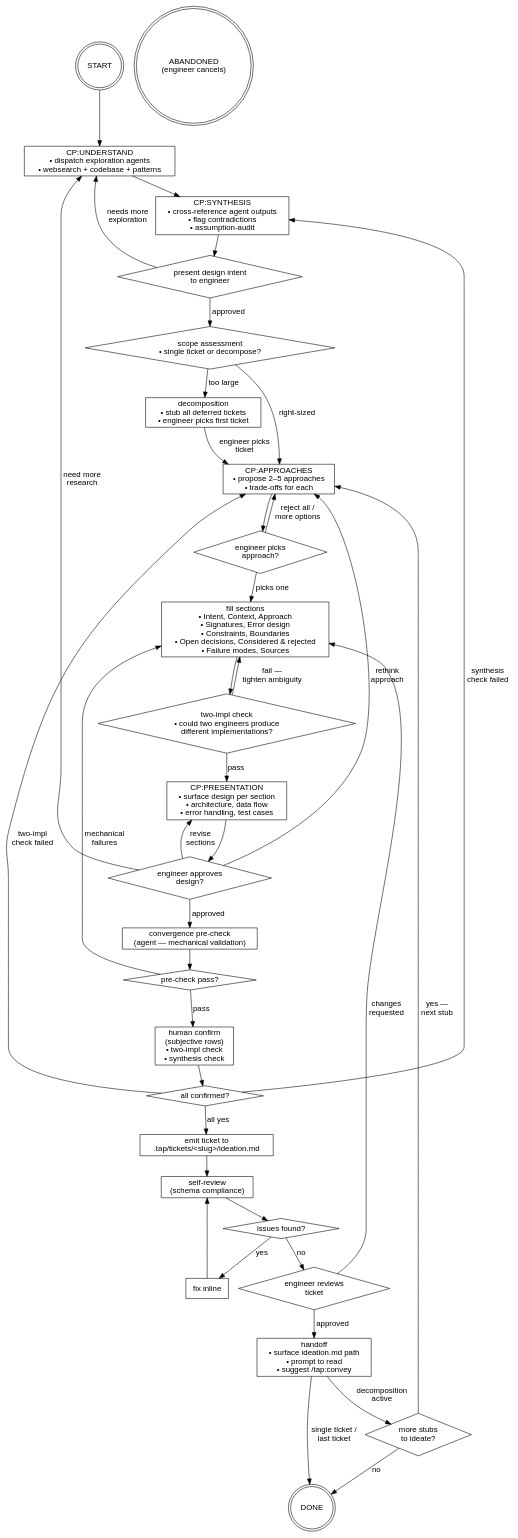
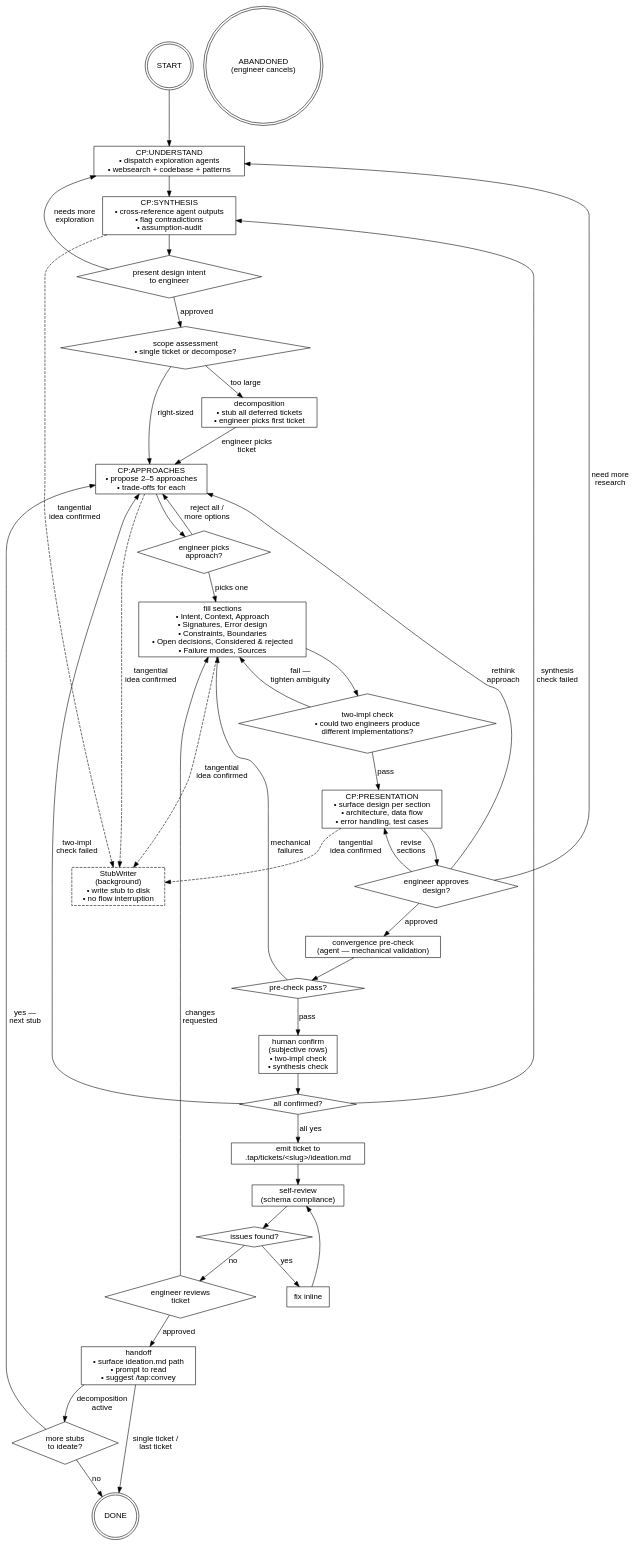
The diagram in skills/into/RUN_FLOW.md (bjspdn/tap-skills), drawn with Graphviz before and after one commit. The commit also changed other lines of this file and 2 other files, not shown here.

First line of the commit message:
refactor: promote stub creation to ambient brainstorming behavior

````diff
--- a/skills/into/RUN_FLOW.md
+++ b/skills/into/RUN_FLOW.md
@@ -39,6 +39,9 @@
   review_issues     [label="issues found?", shape=diamond];
   fix_inline        [label="fix inline"];
   eng_review        [label="engineer reviews\nticket", shape=diamond];
+
+  /* ── Ambient stub detection (any phase) ── */
+  stub_writer       [label="StubWriter\n(background)\n• write stub to disk\n• no flow interruption", style=dashed];
 
   /* ── Handoff + decomposition loop ── */
   convey            [label="handoff\n• surface ideation.md path\n• prompt to read\n• suggest /tap:convey"];
@@ -96,6 +99,14 @@
   next_ticket       -> cp_approaches   [label="yes —\nnext stub"];
   next_ticket       -> done            [label="no"];
 
+  /* ── Edges: Ambient stub detection ── */
+  /* Any phase can trigger StubWriter when engineer surfaces a tangential idea.
+     Edges shown for most common trigger points; all other phases can also trigger. */
+  cp_synthesis      -> stub_writer      [label="tangential\nidea confirmed", style=dashed];
+  cp_approaches     -> stub_writer      [label="tangential\nidea confirmed", style=dashed];
+  fill_sections     -> stub_writer      [label="tangential\nidea confirmed", style=dashed];
+  cp_presentation   -> stub_writer      [label="tangential\nidea confirmed", style=dashed];
+
   /* ── Abandon: any node can reach ABANDONED (not drawn to avoid clutter) ── */
 }
 ```
````
